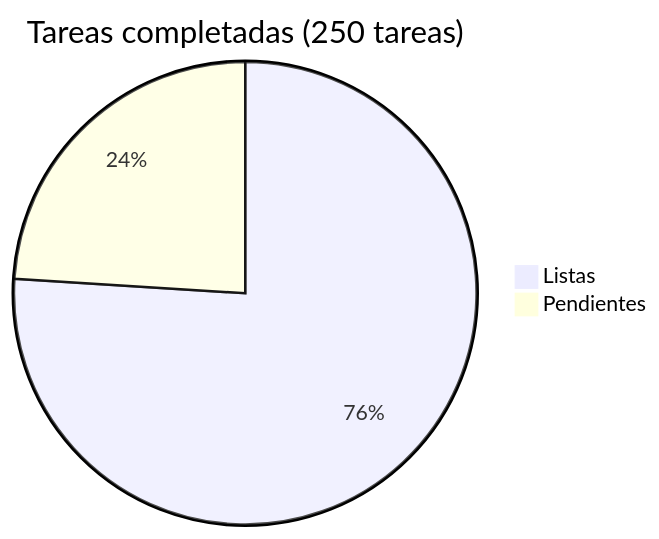
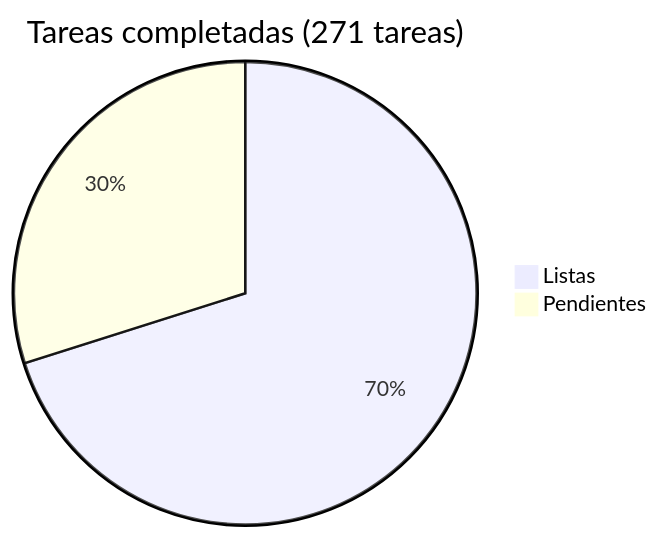
Before and after one commit to araguaney-lat/araguaney: the diagram in docs/roadmap/README.md, drawn with Mermaid. The commit also changed other lines of this file and 1 other file, not shown here.

Commit message:
docs: add Phase 12 — optimization and performance
Umbrella phase for performance work, starting with DB review (2026-07-01).
Designed to absorb future non-DB optimizations (backend/frontend/cache/infra).

DB findings: Box.intake_id unindexed (6 report joins scan), missing composite
(center_id, status, created_at) for the most common dashboard query,
Box.created_at unindexed for report ranges, audit_log.user_id unindexed.

21 tasks in 5 groups:
- A: DB indexes (high impact) + 016_perf_indexes migration (CONCURRENTLY)
- B: DB maintenance (ANALYZE, autovacuum tuning, event retention)
- C/D/E: backend/frontend/infra seed tasks (will grow)

Methodology: measure before/after, every change reversible.
Roadmap now 70% (81 pending across Phases 10-12).

````diff
--- a/docs/roadmap/README.md
+++ b/docs/roadmap/README.md
@@ -5,5 +5,5 @@
 ```mermaid
-pie title Tareas completadas (250 tareas)
+pie title Tareas completadas (271 tareas)
     "Listas" : 190
-    "Pendientes" : 60
+    "Pendientes" : 81
 ```
````
